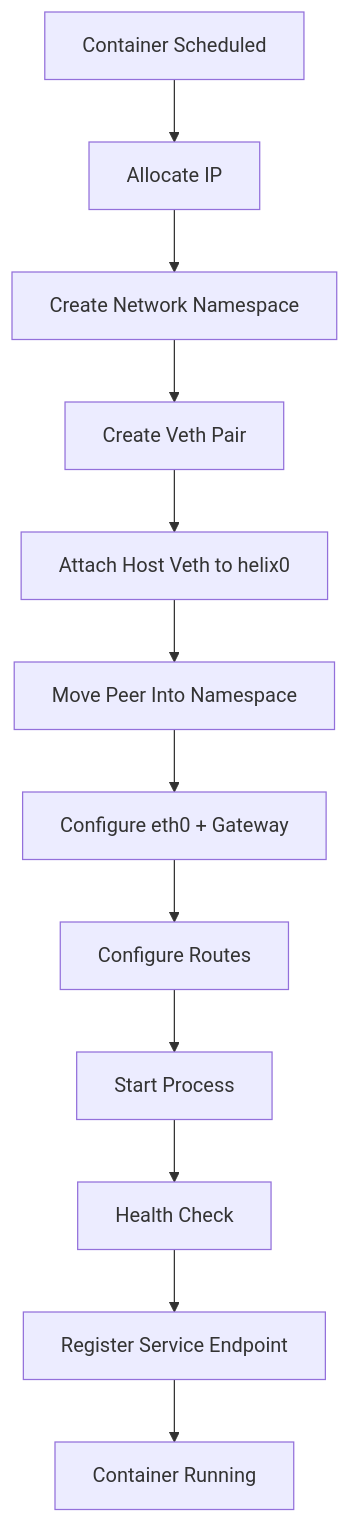
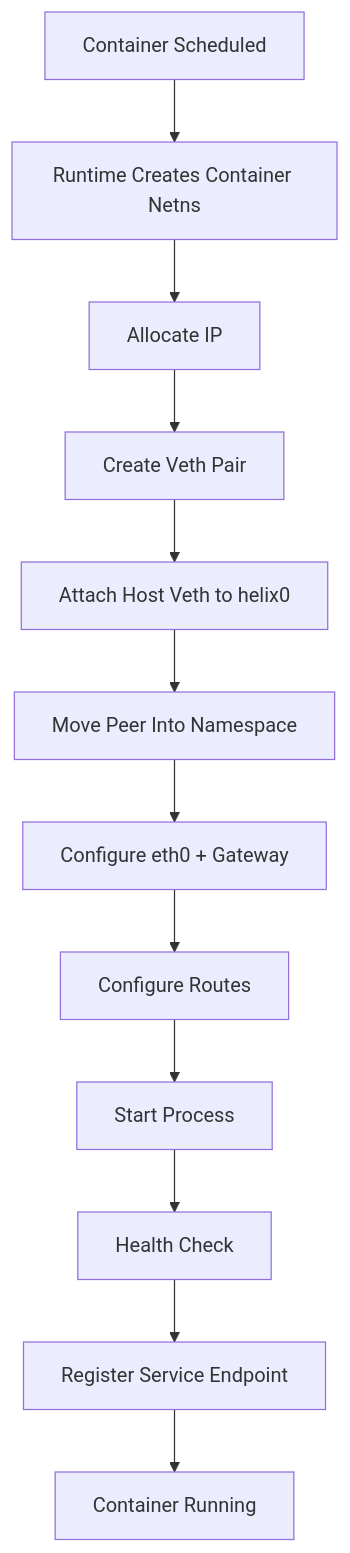
Before and after one commit to yamaankhan20/helixctl: the fifth of 6 diagrams in docs/NETWORKING.md, drawn with Mermaid. The commit also changed other lines of this file and 8 other files, not shown here.

````diff
--- a/docs/NETWORKING.md
+++ b/docs/NETWORKING.md
@@ -2302,27 +2306,27 @@
 ```mermaid
 flowchart TD
     S[Container Scheduled]
+    N[Runtime Creates Container Netns]
     I[Allocate IP]
-    N[Create Network Namespace]
     V[Create Veth Pair]
     B[Attach Host Veth to helix0]
     M[Move Peer Into Namespace]
     C[Configure eth0 + Gateway]
     R[Configure Routes]
     P[Start Process]
     H[Health Check]
     D[Register Service Endpoint]
     RUN[Container Running]
 
-    S --> I
-    I --> N
-    N --> V
+    S --> N
+    N --> I
+    I --> V
     V --> B
     B --> M
     M --> C
     C --> R
     R --> P
     P --> H
     H --> D
     D --> RUN
 ```
````
